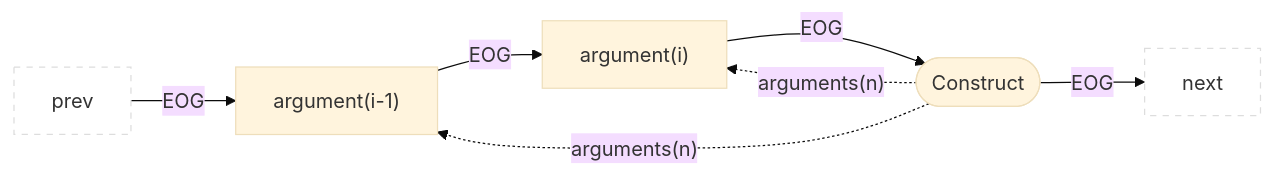
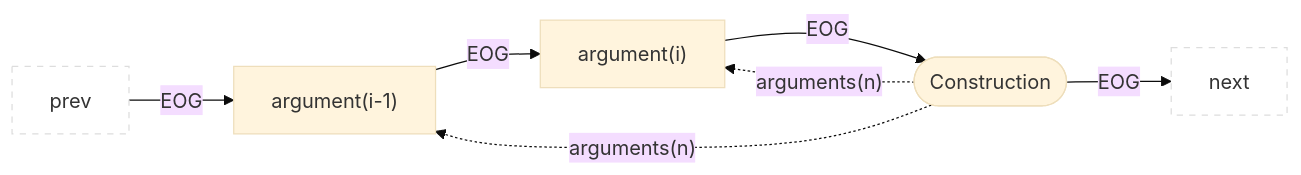
One commit to Fraunhofer-AISEC/cpg changed diagram 30 of 49 in docs/docs/CPG/specs/eog.md. Above: the diagram before and after it, drawn with Mermaid (base theme). The commit also changed other lines of this file and 110 other files, not shown here.

Commit message:
refactor: rename Construct→Construction, Member→MemberAccess, NewArray→ArrayConstruction, Subscript→Subscription, TypeId→TypeReference

````diff
--- a/docs/docs/CPG/specs/eog.md
+++ b/docs/docs/CPG/specs/eog.md
@@ -572,10 +572,10 @@
 ```mermaid
 flowchart LR
   classDef outer fill:#fff,stroke:#ddd,stroke-dasharray:5 5;
   prev:::outer --EOG--> child1["argument(i-1)"]
   child1 --EOG--> child2["argument(i)"]
   child2 --EOG--> parent
-  parent(["Construct"]) --EOG--> next:::outer
+  parent(["Construction"]) --EOG--> next:::outer
   parent -."arguments(n)".-> child1
   parent -."arguments(n)".-> child2
 ```
````
